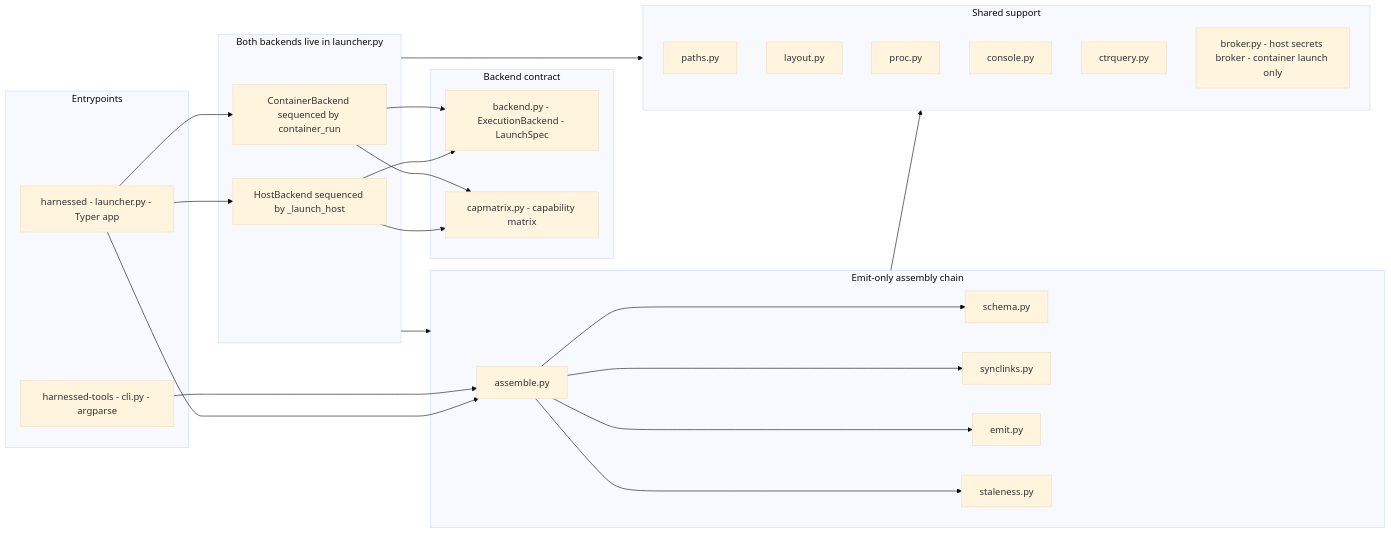
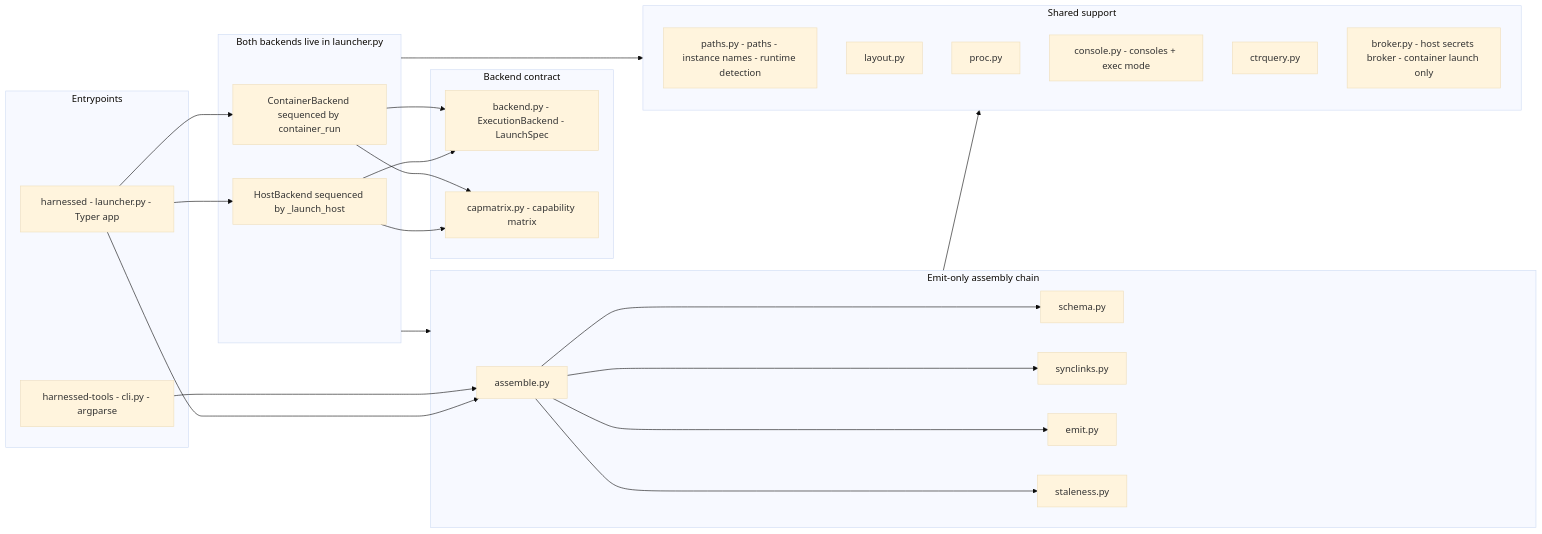
One commit to drmikecrowe/harnessed changed the diagram in openwiki/architecture/overview.md. Above: the diagram before and after it, drawn with Mermaid (base theme). The commit also changed other lines of this file and 55 other files, not shown here.

````diff
--- a/openwiki/architecture/overview.md
+++ b/openwiki/architecture/overview.md
@@ -279,45 +293,45 @@
 ```mermaid
 flowchart LR
     subgraph entry["Entrypoints"]
         verb["harnessed - launcher.py - Typer app"]
         tools["harnessed-tools - cli.py - argparse"]
     end
     subgraph impl["Both backends live in launcher.py"]
         hostb["HostBackend sequenced by _launch_host"]
         ctrb["ContainerBackend sequenced by container_run"]
     end
     subgraph contractG["Backend contract"]
         backendm["backend.py - ExecutionBackend - LaunchSpec"]
         capm["capmatrix.py - capability matrix"]
     end
     subgraph assemblyG["Emit-only assembly chain"]
         assem["assemble.py"]
         schemam["schema.py"]
         syncm["synclinks.py"]
         emitm["emit.py"]
         stalem["staleness.py"]
     end
     subgraph supportG["Shared support"]
-        pathsm["paths.py"]
+        pathsm["paths.py - paths - instance names - runtime detection"]
         layoutm["layout.py"]
         procm["proc.py"]
-        consolem["console.py"]
+        consolem["console.py - consoles + exec mode"]
         ctrqm["ctrquery.py"]
         broker["broker.py - host secrets broker - container launch only"]
     end
     verb --> hostb
     verb --> ctrb
     verb --> assem
     tools --> assem
     hostb --> backendm
     ctrb --> backendm
     hostb --> capm
     ctrb --> capm
     assem --> schemam
     assem --> syncm
     assem --> emitm
     assem --> stalem
     impl --> assemblyG
     impl --> supportG
     assemblyG --> supportG
 ```
````
